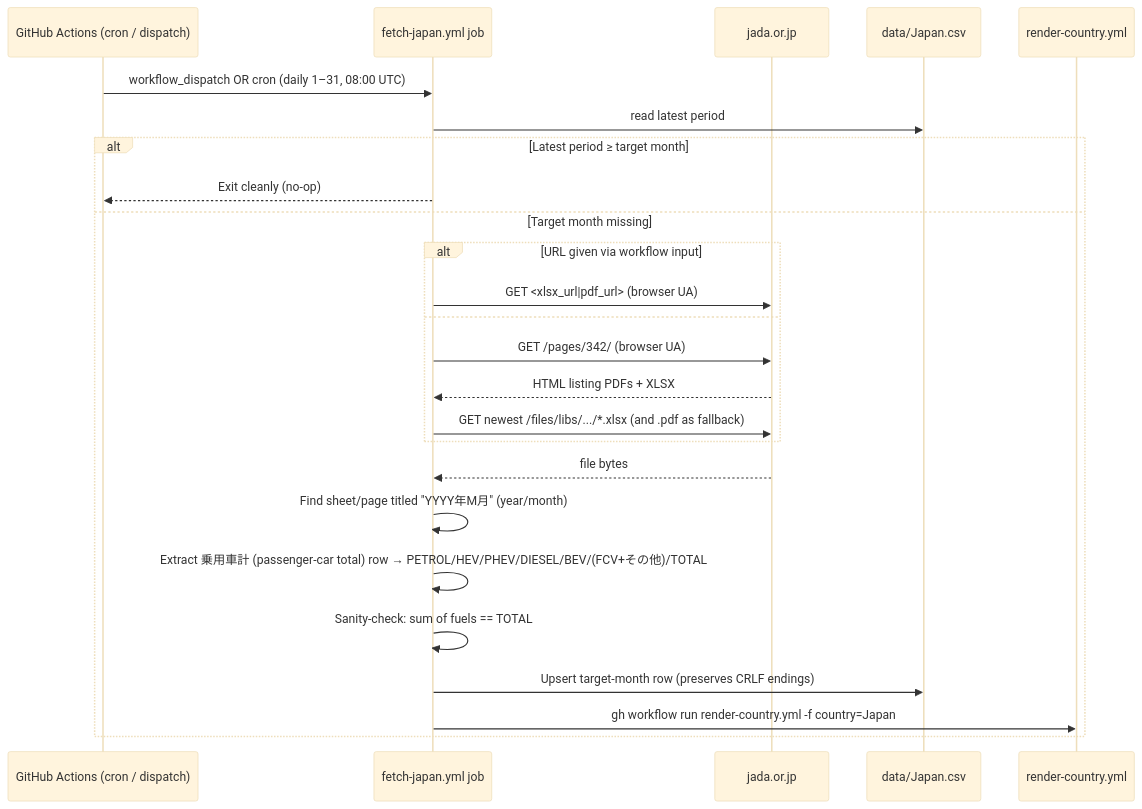
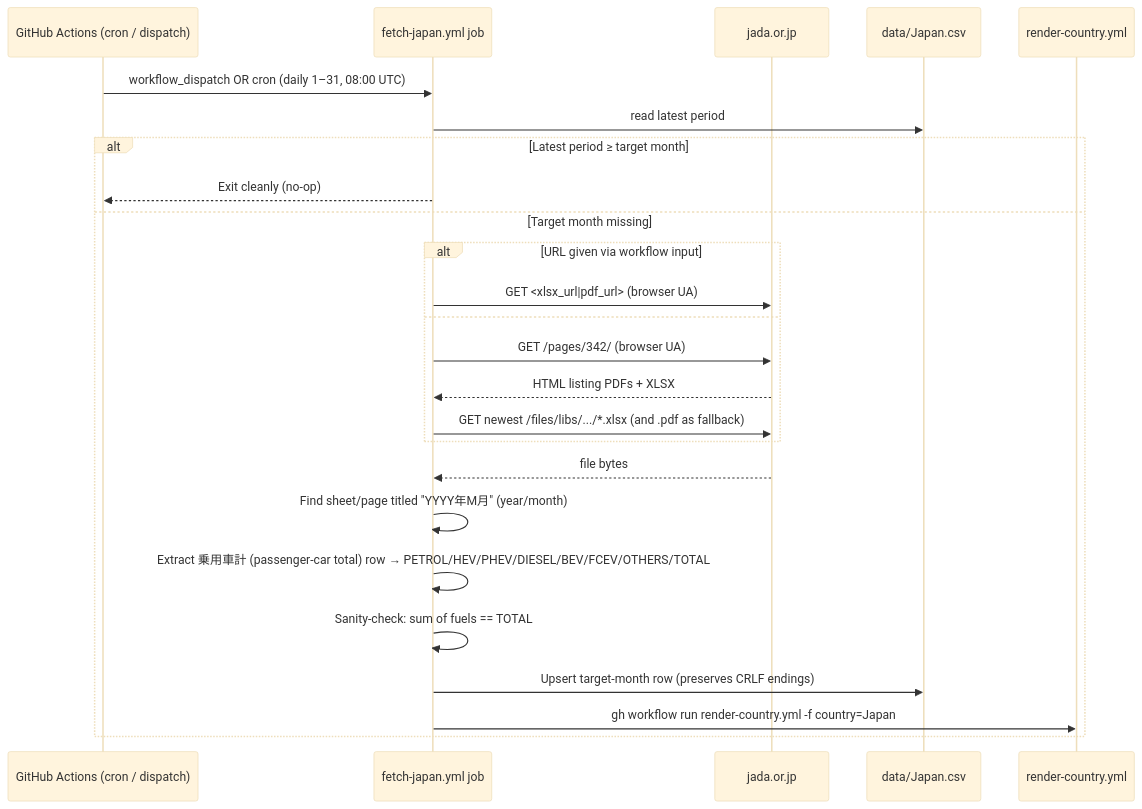
One commit to LeRaffl/LeRaffl-Gallery changed diagram 11 of 26 in docs/architecture/05-flows.md. Above: the diagram before and after it, drawn with Mermaid (base theme). The commit also changed other lines of this file and 13 other files, not shown here.

````diff
--- a/docs/architecture/05-flows.md
+++ b/docs/architecture/05-flows.md
@@ -408,28 +408,28 @@
 ```mermaid
 sequenceDiagram
     participant Cron as GitHub Actions (cron / dispatch)
     participant Job as fetch-japan.yml job
     participant Site as jada.or.jp
     participant CSV as data/Japan.csv
     participant Render as render-country.yml
 
     Cron->>Job: workflow_dispatch OR cron (daily 1–31, 08:00 UTC)
     Job->>CSV: read latest period
     alt Latest period ≥ target month
         Job-->>Cron: Exit cleanly (no-op)
     else Target month missing
         alt URL given via workflow input
             Job->>Site: GET <xlsx_url|pdf_url> (browser UA)
         else
             Job->>Site: GET /pages/342/ (browser UA)
             Site-->>Job: HTML listing PDFs + XLSX
             Job->>Site: GET newest /files/libs/.../*.xlsx (and .pdf as fallback)
         end
         Site-->>Job: file bytes
         Job->>Job: Find sheet/page titled "YYYY年M月" (year/month)
-        Job->>Job: Extract 乗用車計 (passenger-car total) row → PETROL/HEV/PHEV/DIESEL/BEV/(FCV+その他)/TOTAL
+        Job->>Job: Extract 乗用車計 (passenger-car total) row → PETROL/HEV/PHEV/DIESEL/BEV/FCEV/OTHERS/TOTAL
         Job->>Job: Sanity-check: sum of fuels == TOTAL
         Job->>CSV: Upsert target-month row (preserves CRLF endings)
         Job->>Render: gh workflow run render-country.yml -f country=Japan
     end
 ```
````
